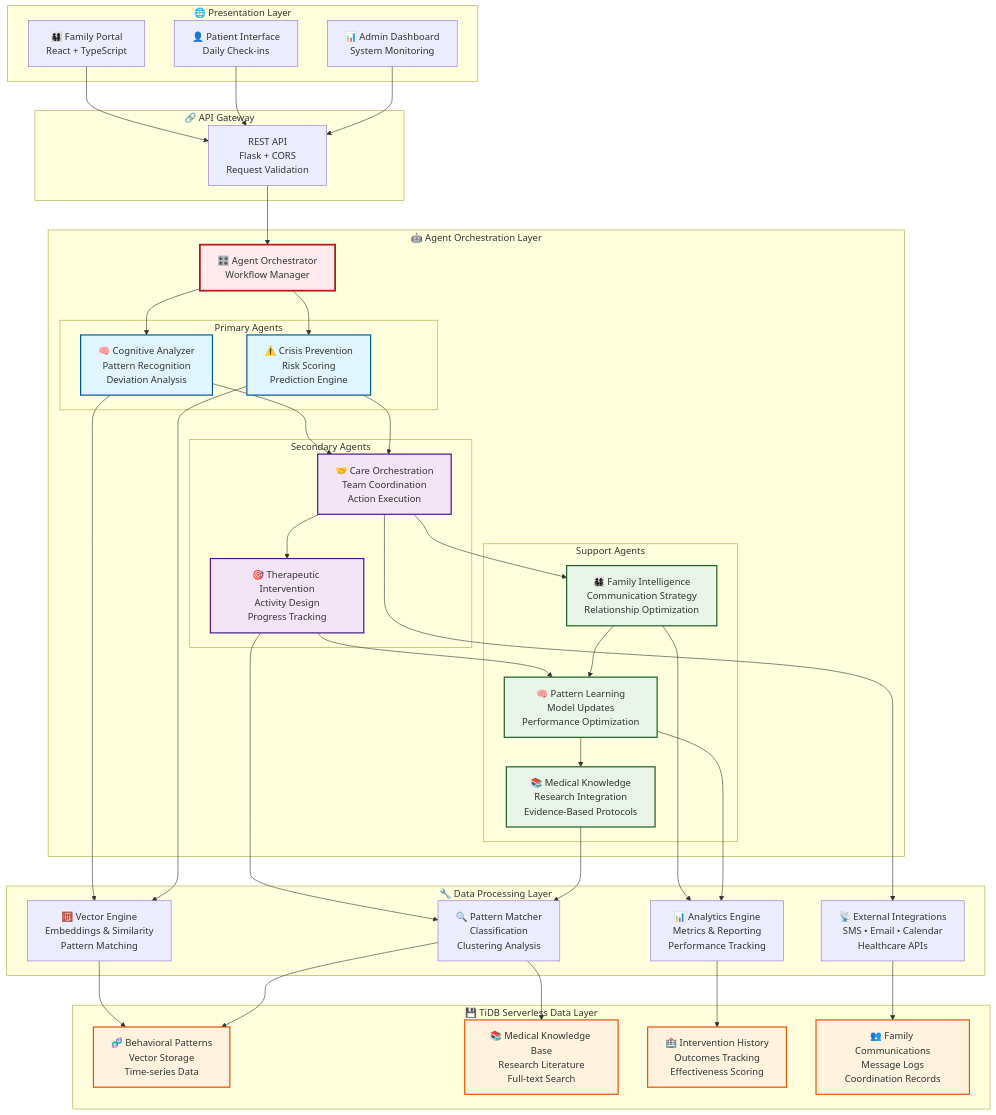
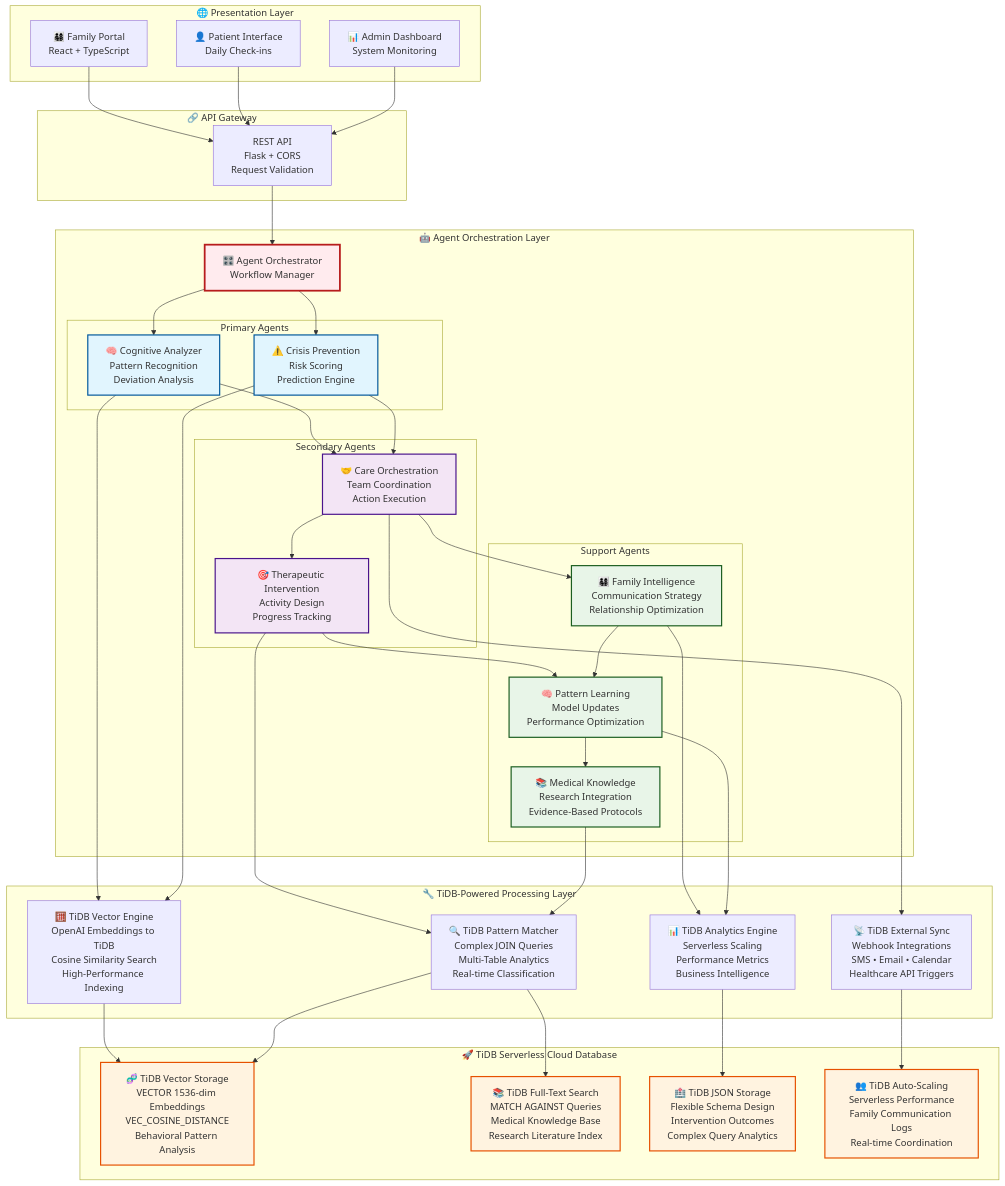
The first of 4 diagrams in README.md (akumarn74/synapseGuard), drawn with Mermaid before and after one commit. The commit also changed other lines of this file and 2 other files, not shown here.

```diff
--- a/README.md
+++ b/README.md
@@ -58,18 +58,18 @@
         end
     end
 
-    subgraph "🔧 Data Processing Layer"
-        VE[🧮 Vector Engine<br/>Embeddings & Similarity<br/>Pattern Matching]
-        PM[🔍 Pattern Matcher<br/>Classification<br/>Clustering Analysis]
-        EI[📡 External Integrations<br/>SMS • Email • Calendar<br/>Healthcare APIs]
-        AE[📊 Analytics Engine<br/>Metrics & Reporting<br/>Performance Tracking]
+    subgraph "🔧 TiDB-Powered Processing Layer"
+        VE[🧮 TiDB Vector Engine<br/>OpenAI Embeddings to TiDB<br/>Cosine Similarity Search<br/>High-Performance Indexing]
+        PM[🔍 TiDB Pattern Matcher<br/>Complex JOIN Queries<br/>Multi-Table Analytics<br/>Real-time Classification]
+        EI[📡 TiDB External Sync<br/>Webhook Integrations<br/>SMS • Email • Calendar<br/>Healthcare API Triggers]
+        AE[📊 TiDB Analytics Engine<br/>Serverless Scaling<br/>Performance Metrics<br/>Business Intelligence]
     end
 
-    subgraph "💾 TiDB Serverless Data Layer"
-        BP[🧬 Behavioral Patterns<br/>Vector Storage<br/>Time-series Data]
-        MKB[📚 Medical Knowledge Base<br/>Research Literature<br/>Full-text Search]
-        IH[🏥 Intervention History<br/>Outcomes Tracking<br/>Effectiveness Scoring]
-        FC[👥 Family Communications<br/>Message Logs<br/>Coordination Records]
+    subgraph "🚀 TiDB Serverless Cloud Database"
+        BP[🧬 TiDB Vector Storage<br/>VECTOR 1536-dim Embeddings<br/>VEC_COSINE_DISTANCE<br/>Behavioral Pattern Analysis]
+        MKB[📚 TiDB Full-Text Search<br/>MATCH AGAINST Queries<br/>Medical Knowledge Base<br/>Research Literature Index]
+        IH[🏥 TiDB JSON Storage<br/>Flexible Schema Design<br/>Intervention Outcomes<br/>Complex Query Analytics]
+        FC[👥 TiDB Auto-Scaling<br/>Serverless Performance<br/>Family Communication Logs<br/>Real-time Coordination]
     end
 
     %% Connections
```
